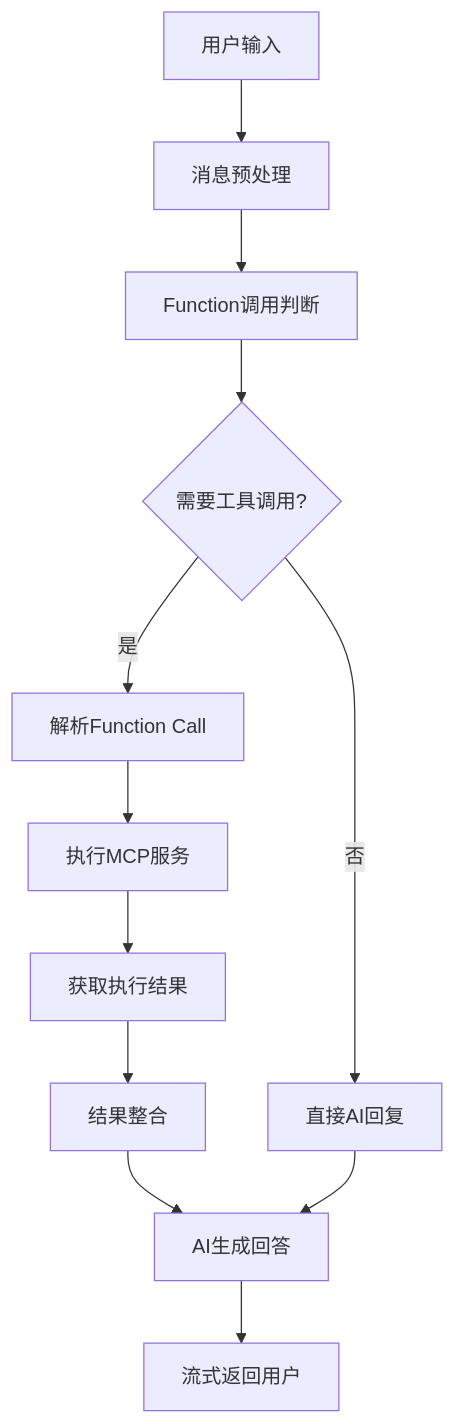
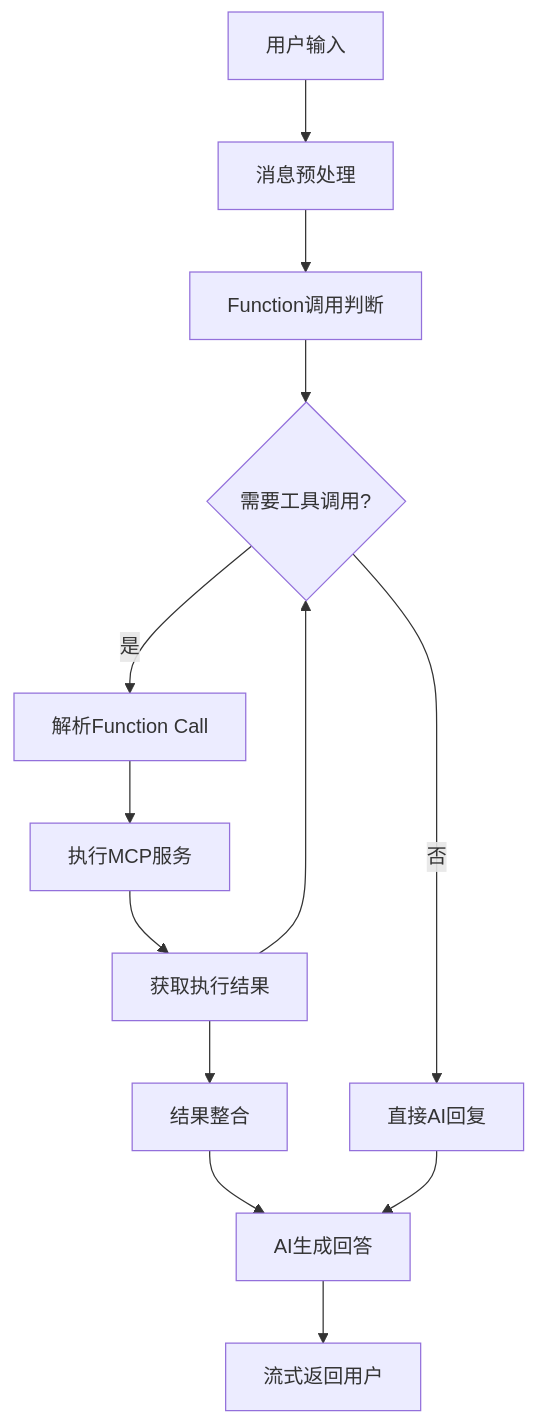
One commit to qxbyte/flowvo changed the diagram in README.md. Above: the diagram before and after it, drawn with Mermaid.

Commit message:
优化 README 文档，补充工具调用流程说明
1. 在 README 中新增工具调用判断逻辑的说明，明确执行结果处理后的分支条件。
2. 调整相关流程图，增加“需要工具调用?”判断节点，完善整体逻辑描述。

````diff
--- a/README.md
+++ b/README.md
@@ -141,14 +141,15 @@
 ```mermaid
 graph TD
     A[用户输入] --> B[消息预处理]
     B --> C[Function调用判断]
     C --> D{需要工具调用?}
     D -->|是| E[解析Function Call]
     D -->|否| F[直接AI回复]
     E --> G[执行MCP服务]
     G --> H[获取执行结果]
+    H --> D{需要工具调用?}
     H --> I[结果整合]
     I --> J[AI生成回答]
     F --> J
     J --> K[流式返回用户]
 ```
````
